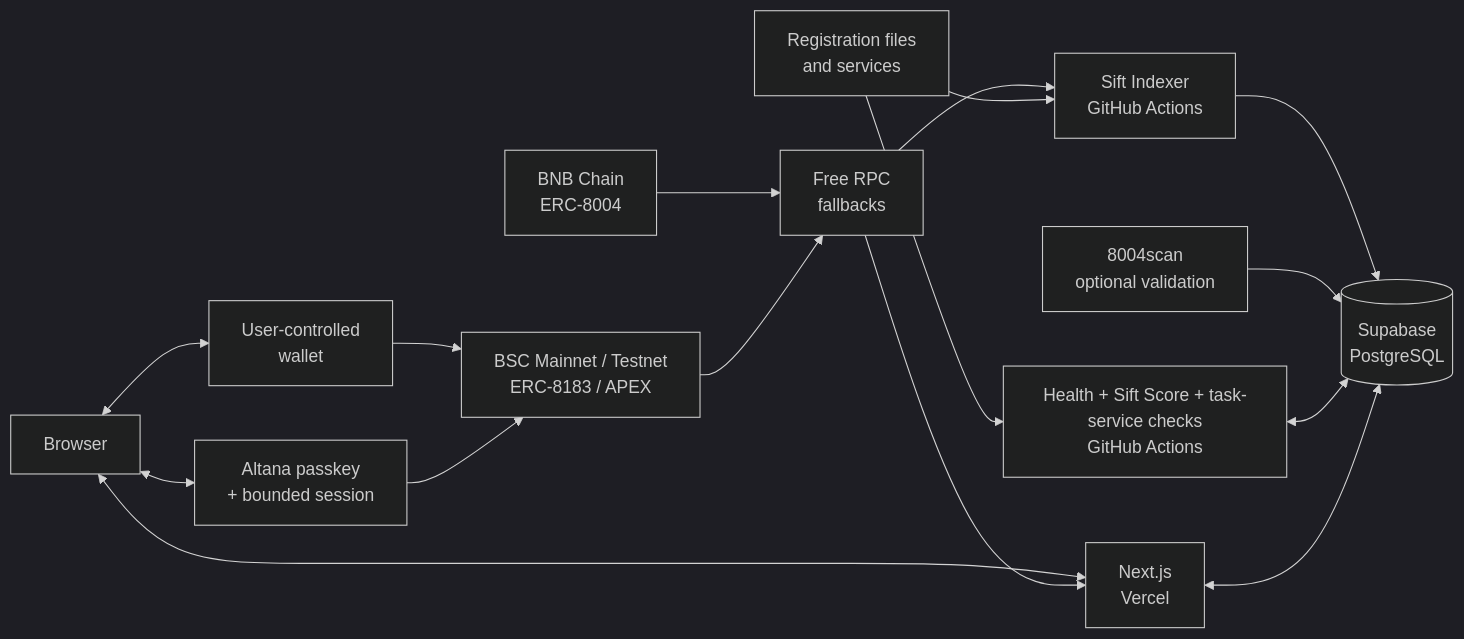
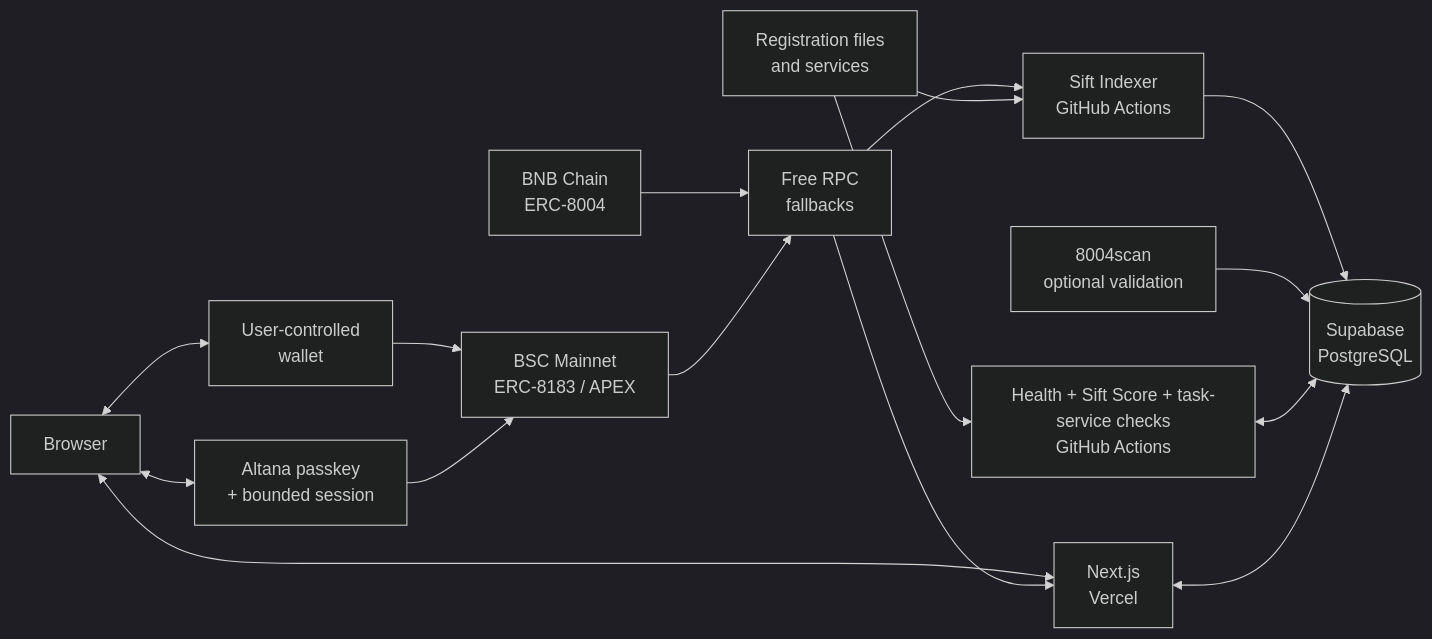
One commit to taiwo-the-dev/sift changed the diagram in README.md. Above: the diagram before and after it, drawn with Mermaid (dark theme). The commit also changed other lines of this file and 33 other files, not shown here.

````diff
--- a/README.md
+++ b/README.md
@@ -81,18 +66,18 @@
 ```mermaid
 flowchart LR
   chain["BNB Chain\nERC-8004"] --> rpc["Free RPC\nfallbacks"]
   rpc --> indexer["Sift Indexer\nGitHub Actions"]
   metadata["Registration files\nand services"] --> indexer
   indexer --> db[("Supabase\nPostgreSQL")]
   scan["8004scan\noptional validation"] --> db
   assessment["Health + Sift Score + task-service checks\nGitHub Actions"] <--> db
   metadata --> assessment
   browser["Browser"] <--> app["Next.js\nVercel"]
   app <--> db
   browser <--> wallet["User-controlled\nwallet"]
   browser <--> altana["Altana passkey\n+ bounded session"]
-  wallet --> apex["BSC Mainnet / Testnet\nERC-8183 / APEX"]
+  wallet --> apex["BSC Mainnet\nERC-8183 / APEX"]
   altana --> apex
   apex --> rpc
   rpc --> app
 ```
````
